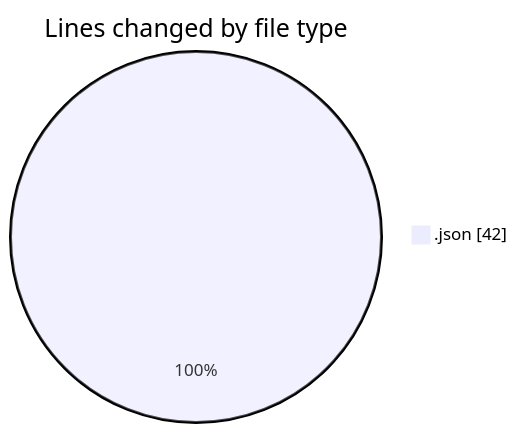
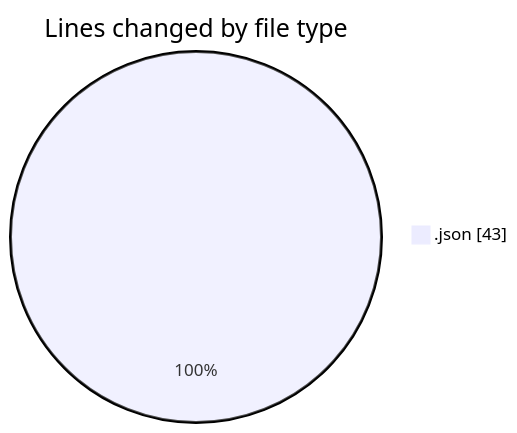
The first of 2 diagrams in 2025-07-28/_gemini/README.md (EIIisD/code-tracking), drawn with Mermaid before and after one commit. The commit also changed other lines of this file and 1 other file, not shown here.

````diff
--- a/2025-07-28/_gemini/README.md
+++ b/2025-07-28/_gemini/README.md
@@ -20,5 +20,5 @@
 ```mermaid
 pie showData
 title Lines changed by file type
-".json" : 42
+".json" : 43
 ```
````
